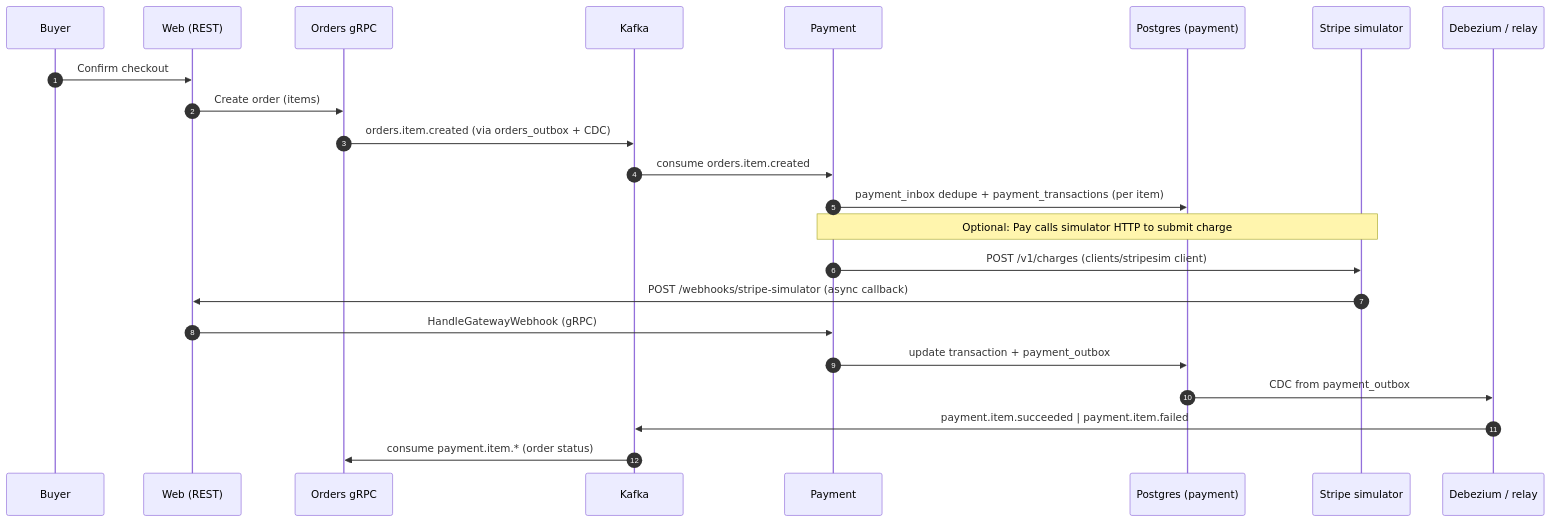
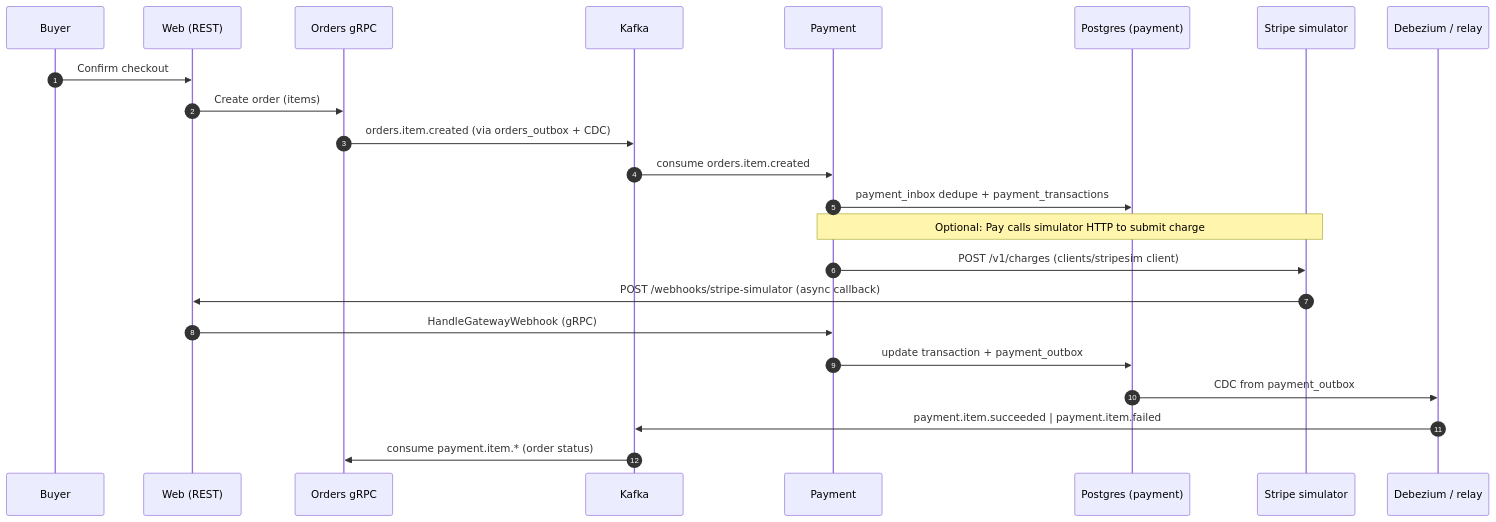
The first of 2 diagrams in docs/services/payment-plan.md (phuchoang2603/refurbished-marketplace), drawn with Mermaid before and after one commit. The commit also changed other lines of this file and 3 other files, not shown here.

````diff
--- a/docs/services/payment-plan.md
+++ b/docs/services/payment-plan.md
@@ -14,26 +14,26 @@
 ```mermaid
 sequenceDiagram
     autonumber
     participant Buyer
     participant Web as Web (REST)
     participant Orders as Orders gRPC
     participant Kafka as Kafka
     participant Pay as Payment
     participant DB as Postgres (payment)
     participant Sim as Stripe simulator
     participant Deb as Debezium / relay
 
     Buyer->>Web: Confirm checkout
     Web->>Orders: Create order (items)
     Orders->>Kafka: orders.item.created (via orders_outbox + CDC)
     Kafka->>Pay: consume orders.item.created
-    Pay->>DB: payment_inbox dedupe + payment_transactions (per item)
+    Pay->>DB: payment_inbox dedupe + payment_transactions
     Note over Pay,Sim: Optional: Pay calls simulator HTTP to submit charge
     Pay->>Sim: POST /v1/charges (clients/stripesim client)
     Sim->>Web: POST /webhooks/stripe-simulator (async callback)
     Web->>Pay: HandleGatewayWebhook (gRPC)
     Pay->>DB: update transaction + payment_outbox
     DB->>Deb: CDC from payment_outbox
     Deb->>Kafka: payment.item.succeeded | payment.item.failed
     Kafka->>Orders: consume payment.item.* (order status)
 ```
````
